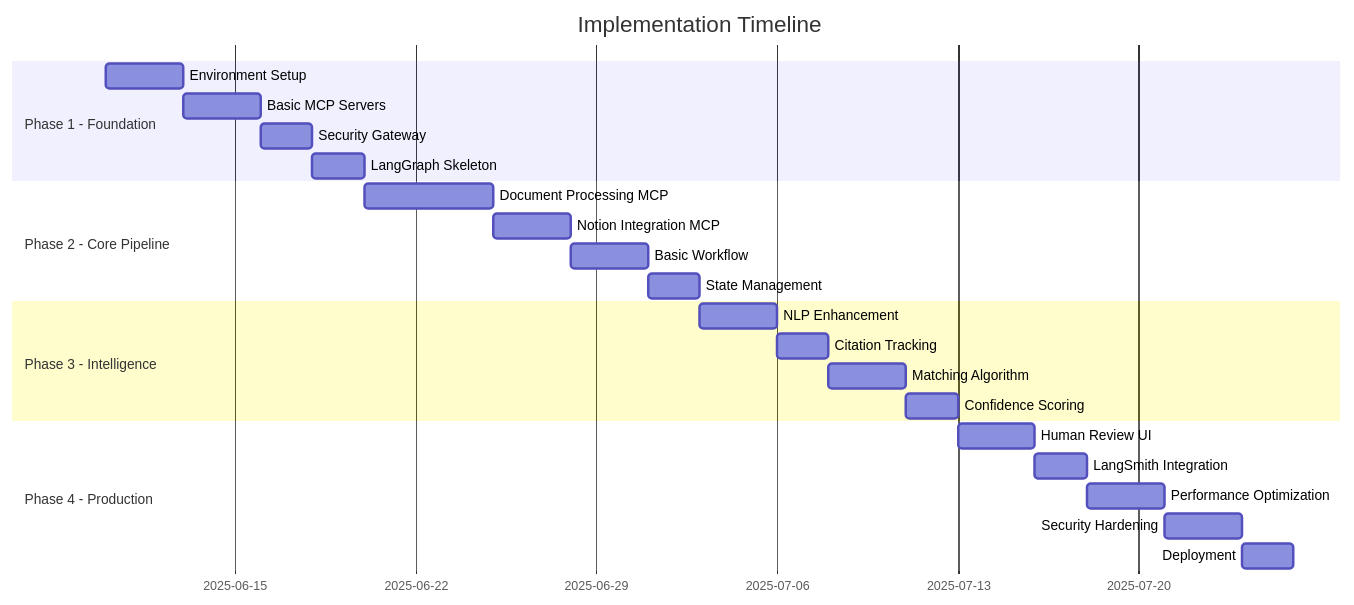
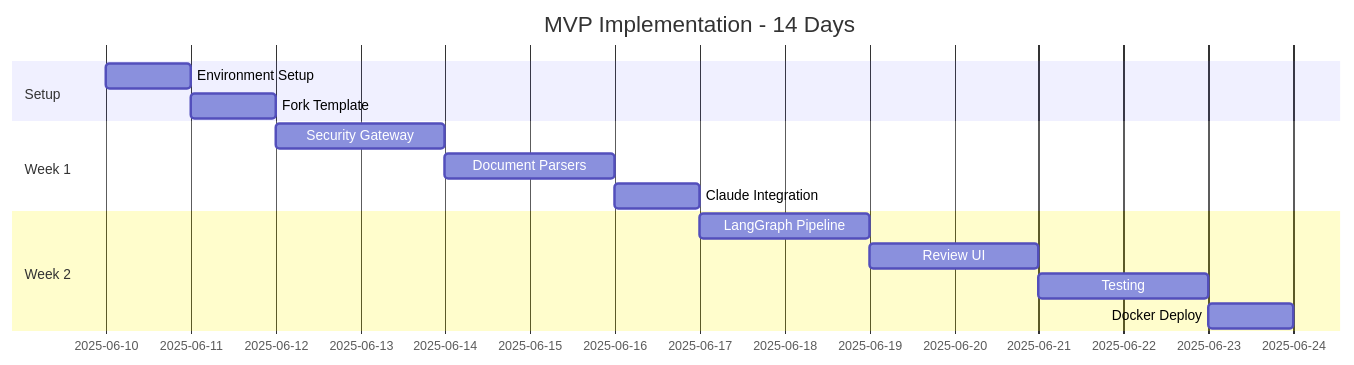
One commit to goodfitcareers/langgraph-mcp-agents changed the eighth of 9 diagrams in transformation_architecture.md. Above: the diagram before and after it, drawn with Mermaid. The commit also changed other lines of this file, not shown here.

````diff
--- a/transformation_architecture.md
+++ b/transformation_architecture.md
@@ -343,30 +274,20 @@
 ```mermaid
 gantt
-    title Implementation Timeline
+    title MVP Implementation - 14 Days
     dateFormat  YYYY-MM-DD
-    section Phase 1 - Foundation
-    Environment Setup           :2025-06-10, 3d
-    Basic MCP Servers          :3d
-    Security Gateway           :2d
-    LangGraph Skeleton         :2d
+    section Setup
+    Environment Setup      :2025-06-10, 1d
+    Fork Template         :1d
 
-    section Phase 2 - Core Pipeline
-    Document Processing MCP    :5d
-    Notion Integration MCP     :3d
-    Basic Workflow            :3d
-    State Management          :2d
+    section Week 1
+    Security Gateway      :2d
+    Document Parsers      :2d
+    Claude Integration    :1d
 
-    section Phase 3 - Intelligence
-    NLP Enhancement           :3d
-    Citation Tracking         :2d
-    Matching Algorithm        :3d
-    Confidence Scoring        :2d
-
-    section Phase 4 - Production
-    Human Review UI           :3d
-    LangSmith Integration     :2d
-    Performance Optimization  :3d
-    Security Hardening        :3d
-    Deployment               :2d
+    section Week 2
+    LangGraph Pipeline    :2d
+    Review UI            :2d
+    Testing              :2d
+    Docker Deploy        :1d
 
 ```
````
